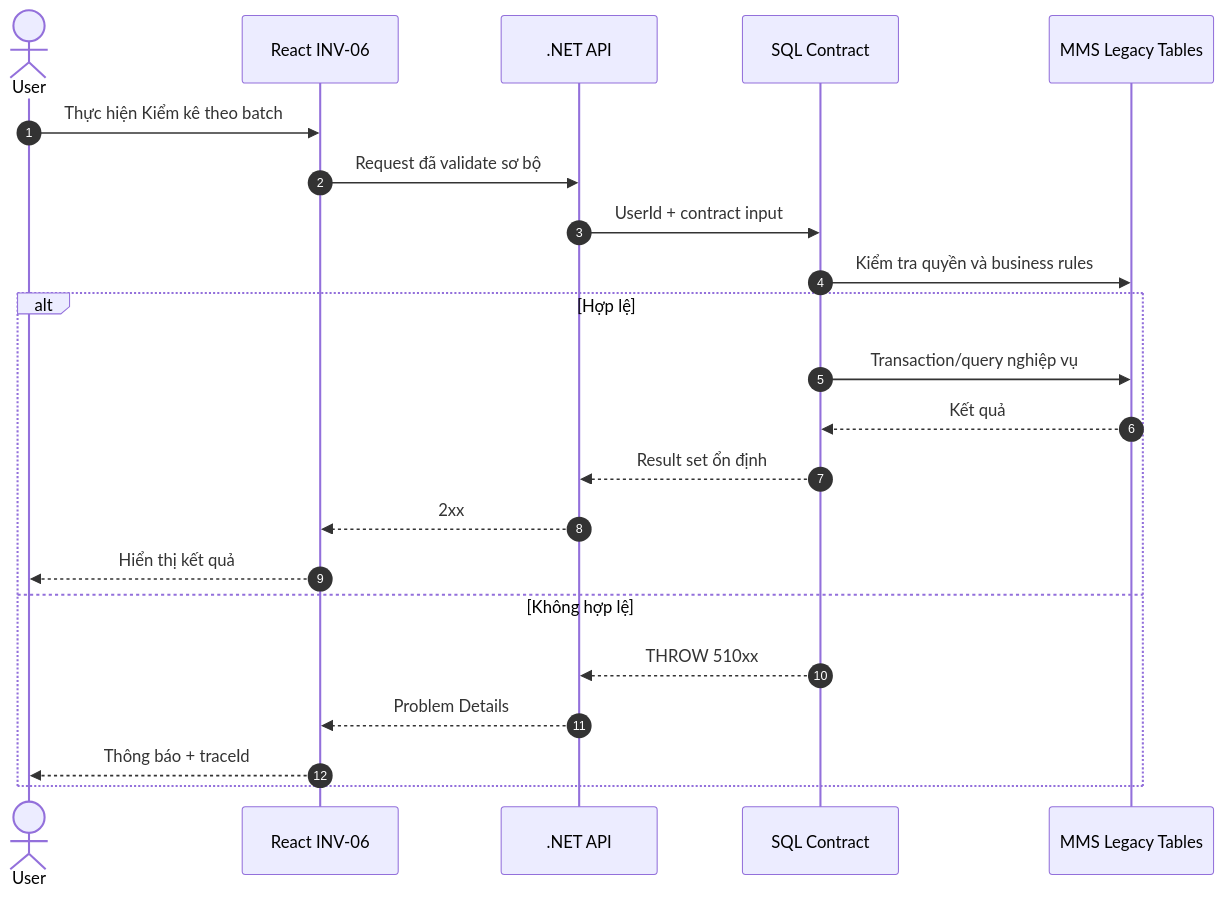
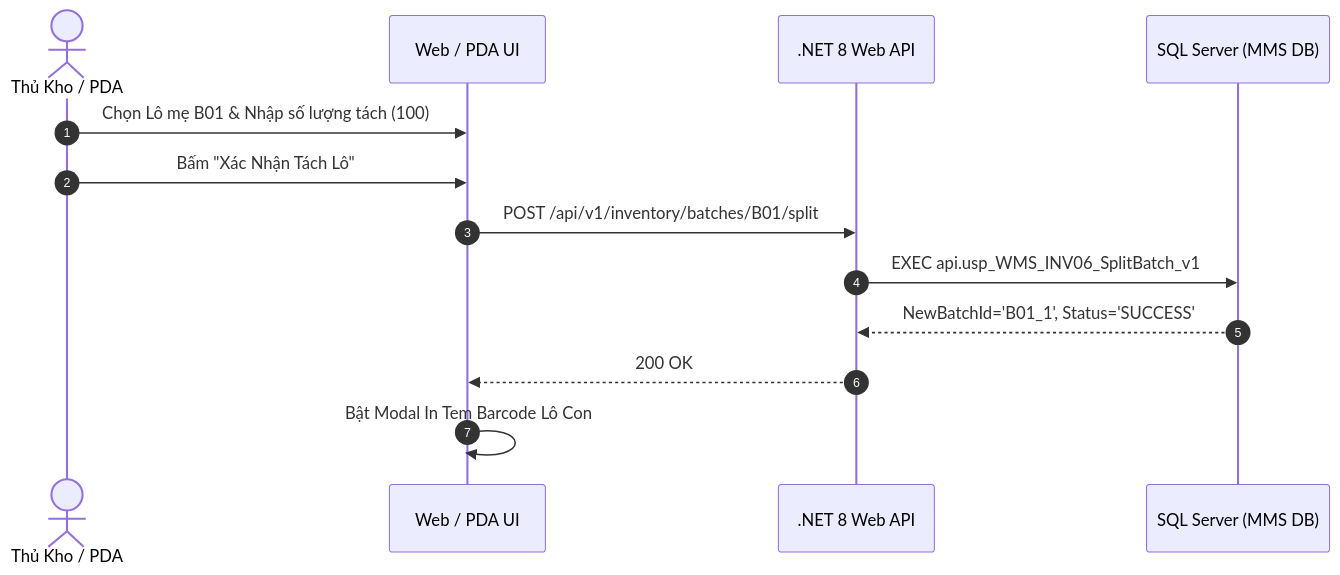
One commit to Sohoa-KNSG/mms changed the diagram in docs/03-use-cases/UC-18_INV-06.md. Above: the diagram before and after it, drawn with Mermaid. The commit also changed other lines of this file and 43 other files, not shown here.

````diff
--- a/docs/03-use-cases/UC-18_INV-06.md
+++ b/docs/03-use-cases/UC-18_INV-06.md
@@ -204,24 +43,16 @@
-~~~mermaid
+```mermaid
 sequenceDiagram
     autonumber
-    actor User
-    participant UI as React INV-06
-    participant API as .NET API
-    participant SP as SQL Contract
-    participant DB as MMS Legacy Tables
-    User->>UI: Thực hiện Kiểm kê theo batch
-    UI->>API: Request đã validate sơ bộ
-    API->>SP: UserId + contract input
-    SP->>DB: Kiểm tra quyền và business rules
-    alt Hợp lệ
-        SP->>DB: Transaction/query nghiệp vụ
-        DB-->>SP: Kết quả
-        SP-->>API: Result set ổn định
-        API-->>UI: 2xx
-        UI-->>User: Hiển thị kết quả
-    else Không hợp lệ
-        SP-->>API: THROW 510xx
-        API-->>UI: Problem Details
-        UI-->>User: Thông báo + traceId
-    end
-~~~
+    actor Staff as Thủ Kho / PDA
+    participant UI as Web / PDA UI
+    participant API as .NET 8 Web API
+    participant DB as SQL Server (MMS DB)
+
+    Staff->>UI: Chọn Lô mẹ B01 & Nhập số lượng tách (100)
+    Staff->>UI: Bấm "Xác Nhận Tách Lô"
+    UI->>API: POST /api/v1/inventory/batches/B01/split
+    API->>DB: EXEC api.usp_WMS_INV06_SplitBatch_v1
+    DB-->>API: NewBatchId='B01_1', Status='SUCCESS'
+    API-->>UI: 200 OK
+    UI->>UI: Bật Modal In Tem Barcode Lô Con
+```
````
